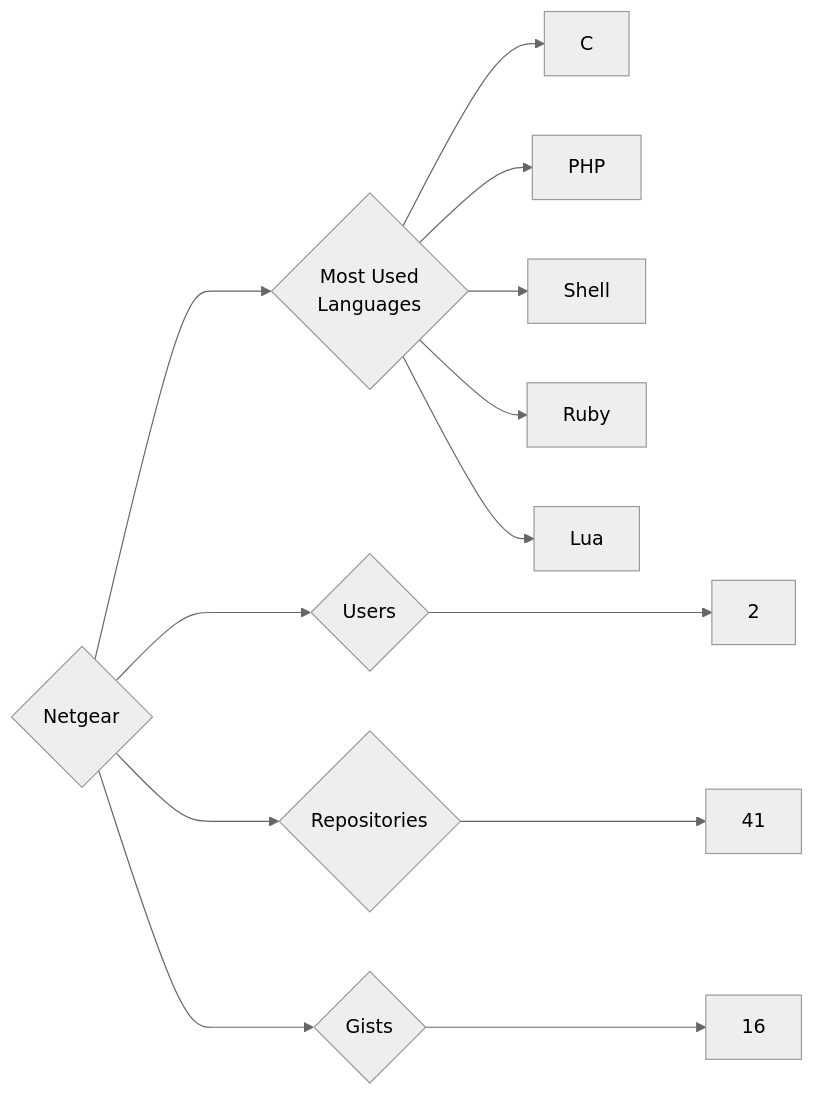
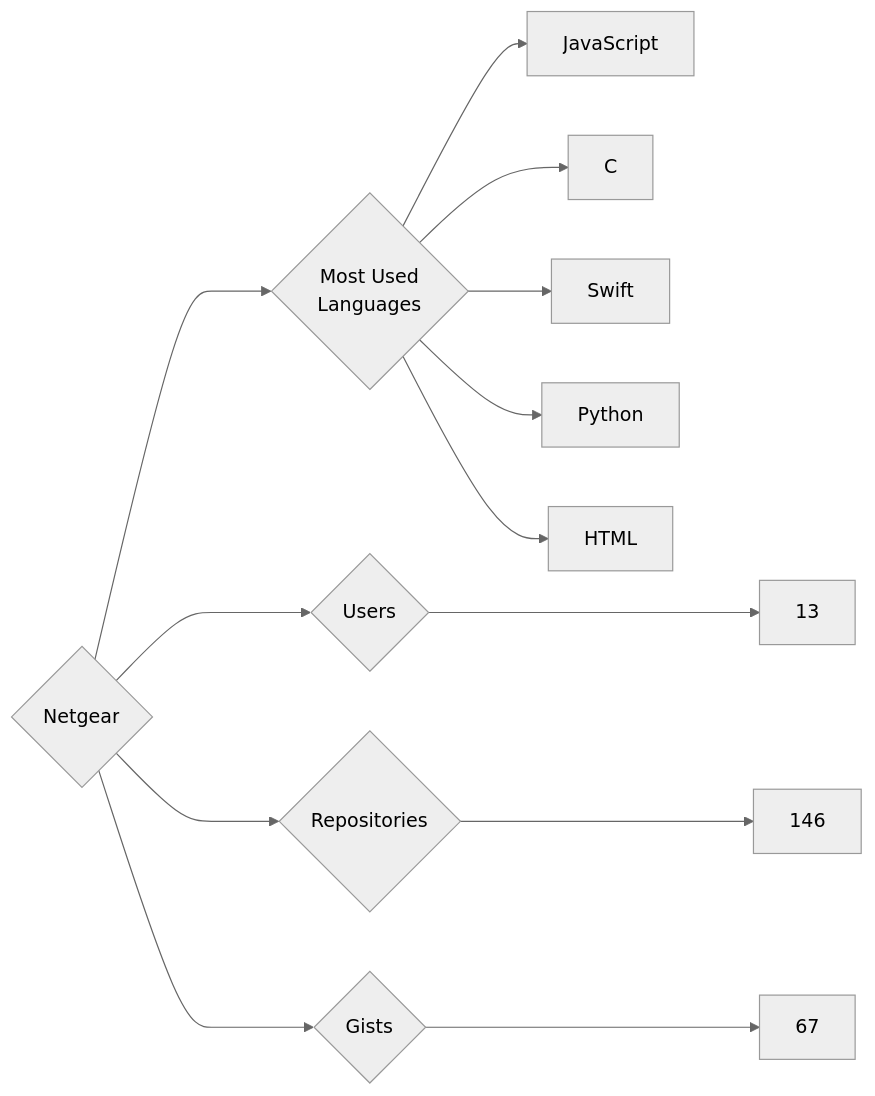
One commit to trickest/insiders changed the diagram in targets/Netgear/README.md. Above: the diagram before and after it, drawn with Mermaid (neutral theme). The commit also changed 953 other files, not shown here.

````diff
--- a/targets/Netgear/README.md
+++ b/targets/Netgear/README.md
@@ -3,13 +3,13 @@
 ```mermaid
 graph LR
 COMPANY_NAME{Netgear}
-COMPANY_NAME ---> U{Users} ---> UN[2]
-COMPANY_NAME ---> R{Repositories} ---> RN[41]
-COMPANY_NAME ---> G{Gists} ---> GN[16]
+COMPANY_NAME ---> U{Users} ---> UN[13]
+COMPANY_NAME ---> R{Repositories} ---> RN[146]
+COMPANY_NAME ---> G{Gists} ---> GN[67]
 COMPANY_NAME ---> ML{Most Used<br>Languages}
+ML --> JavaScript[JavaScript]
 ML --> C[C]
-ML --> PHP[PHP]
-ML --> Shell[Shell]
-ML --> Ruby[Ruby]
-ML --> Lua[Lua]
+ML --> Swift[Swift]
+ML --> Python[Python]
+ML --> HTML[HTML]
 ```
````
